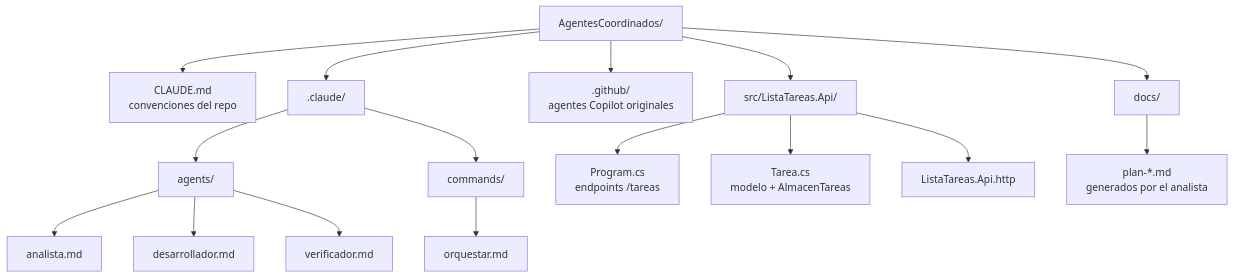
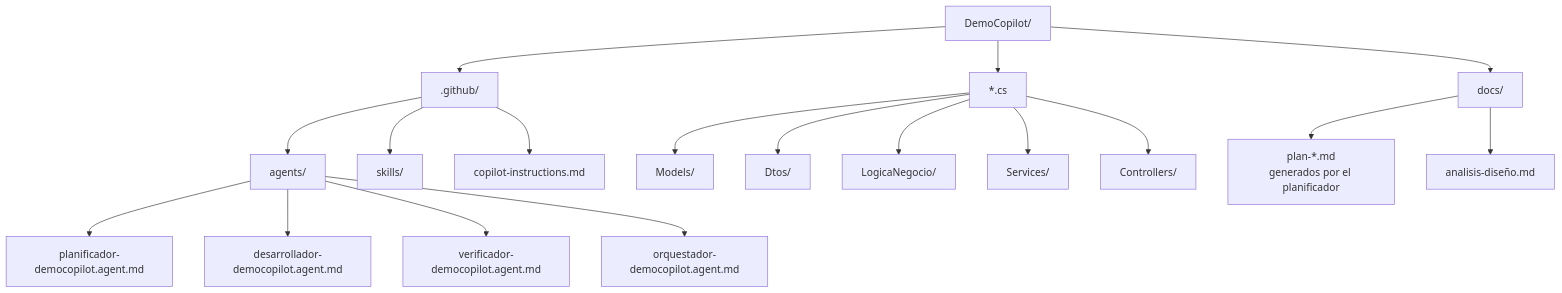
The sixth of 6 diagrams in docs/ARQUITECTURA-AGENTES.md (hispafox/DemoCopilot), drawn with Mermaid before and after one commit. The commit also changed other lines of this file and 3 other files, not shown here.

````diff
--- a/docs/ARQUITECTURA-AGENTES.md
+++ b/docs/ARQUITECTURA-AGENTES.md
@@ -198,22 +165,24 @@
 ```mermaid
 flowchart TD
-    ROOT[AgentesCoordinados/]
-    ROOT --> CLAUDE[CLAUDE.md<br/>convenciones del repo]
-    ROOT --> DOTC[.claude/]
-    ROOT --> DOTG[.github/<br/>agentes Copilot originales]
-    ROOT --> SRC[src/ListaTareas.Api/]
+    ROOT[DemoCopilot/]
+    ROOT --> DOTG[.github/]
+    ROOT --> SRC[*.cs]
     ROOT --> DOCS[docs/]
 
-    DOTC --> AG[agents/]
-    DOTC --> CMD[commands/]
-    AG --> A1[analista.md]
-    AG --> A2[desarrollador.md]
-    AG --> A3[verificador.md]
-    CMD --> C1[orquestar.md]
+    DOTG --> AG[agents/]
+    DOTG --> SK[skills/]
+    DOTG --> CI[copilot-instructions.md]
+    AG --> A1[planificador-democopilot.agent.md]
+    AG --> A2[desarrollador-democopilot.agent.md]
+    AG --> A3[verificador-democopilot.agent.md]
+    AG --> A4[orquestador-democopilot.agent.md]
 
-    SRC --> PG[Program.cs<br/>endpoints /tareas]
-    SRC --> TA[Tarea.cs<br/>modelo + AlmacenTareas]
-    SRC --> HT[ListaTareas.Api.http]
+    SRC --> M[Models/]
+    SRC --> D[Dtos/]
+    SRC --> L[LogicaNegocio/]
+    SRC --> S[Services/]
+    SRC --> C[Controllers/]
 
-    DOCS --> PL[plan-*.md<br/>generados por el analista]
+    DOCS --> PL[plan-*.md<br/>generados por el planificador]
+    DOCS --> AD[analisis-diseño.md]
 ```
````
